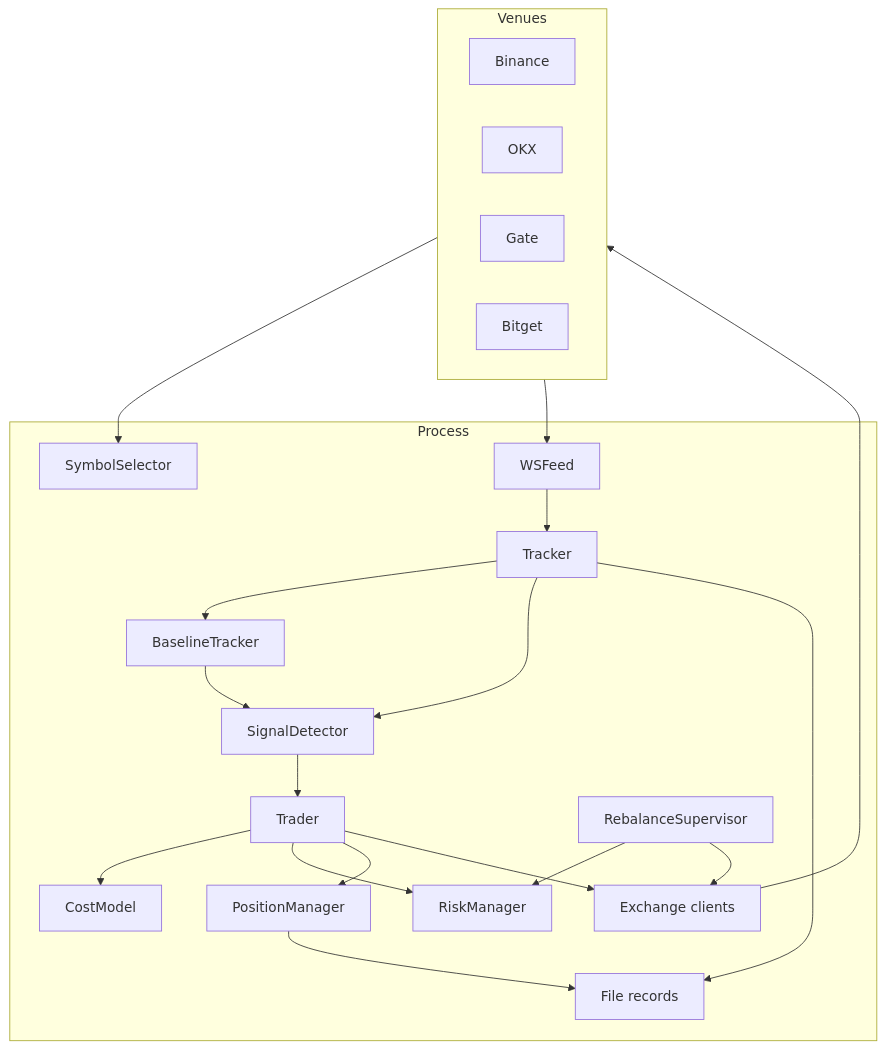
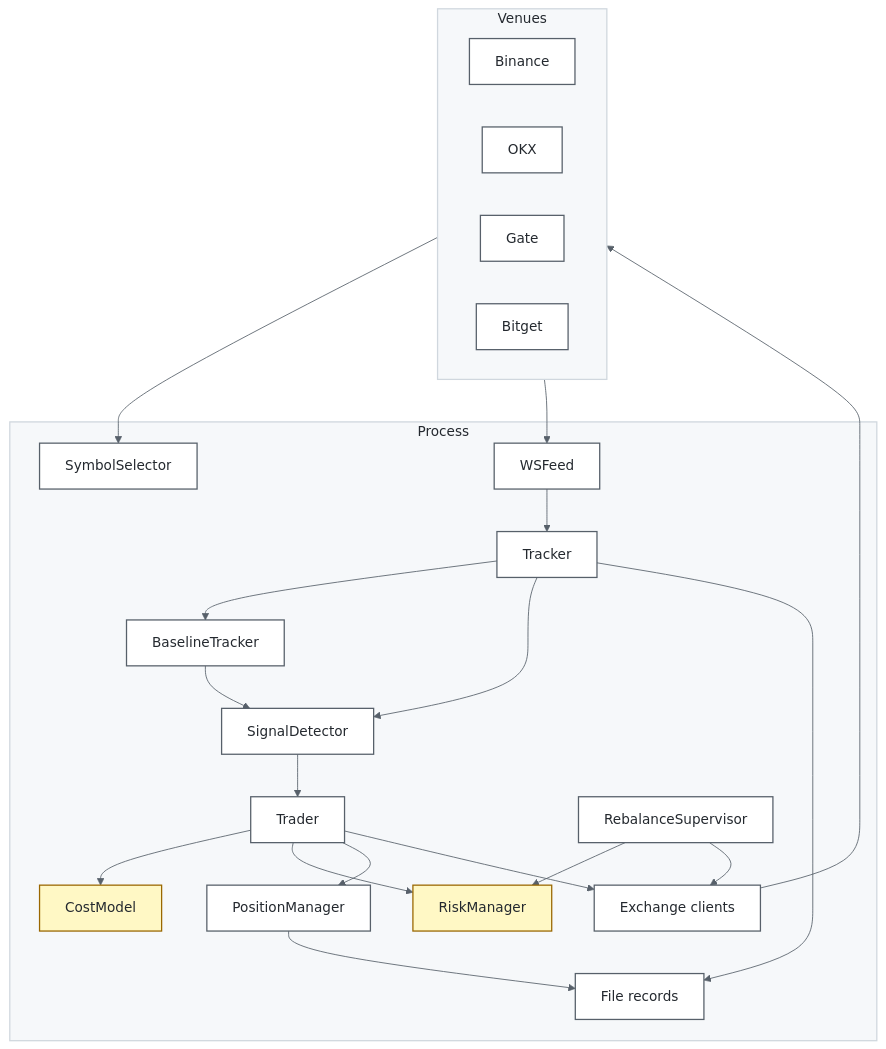
The first of 2 diagrams in docs/ARCHITECTURE.md (liurenchang62/cross-exchange-perpetual-swap-spread-arbitrage-system), drawn with Mermaid before and after one commit. The commit also changed other lines of this file, not shown here.

Commit message:
docs: align architecture diagram styling

````diff
--- a/docs/ARCHITECTURE.md
+++ b/docs/ARCHITECTURE.md
@@ -13,39 +13,46 @@
 ```mermaid
+%%{init: {"theme":"base","themeVariables":{"fontFamily":"-apple-system, BlinkMacSystemFont, Segoe UI, sans-serif","lineColor":"#57606a","primaryTextColor":"#24292f"}}}%%
 flowchart TB
     subgraph Venues
         BN[Binance]
         OK[OKX]
         GA[Gate]
         BG[Bitget]
     end
     subgraph Process
         U[SymbolSelector]
         W[WSFeed]
         T[Tracker]
         B[BaselineTracker]
         S[SignalDetector]
         TR[Trader]
         C[CostModel]
         R[RiskManager]
         P[PositionManager]
         X[Exchange clients]
         RB[RebalanceSupervisor]
         L[File records]
     end
     Venues --> U
     Venues --> W
     W --> T
     T --> B
     B --> S
     T --> S
     S --> TR
     TR --> C
     TR --> R
     TR --> P
     TR --> X
     X --> Venues
     RB --> R
     RB --> X
     T --> L
     P --> L
+    classDef standard fill:#ffffff,stroke:#57606a,color:#24292f,stroke-width:1.5px;
+    classDef control fill:#fff8c5,stroke:#9a6700,color:#24292f,stroke-width:1.5px;
+    class BN,OK,GA,BG,U,W,T,B,S,TR,P,X,RB,L standard;
+    class C,R control;
+    style Venues fill:#f6f8fa,stroke:#d0d7de,stroke-width:1.5px,color:#24292f;
+    style Process fill:#f6f8fa,stroke:#d0d7de,stroke-width:1.5px,color:#24292f;
 ```
````
